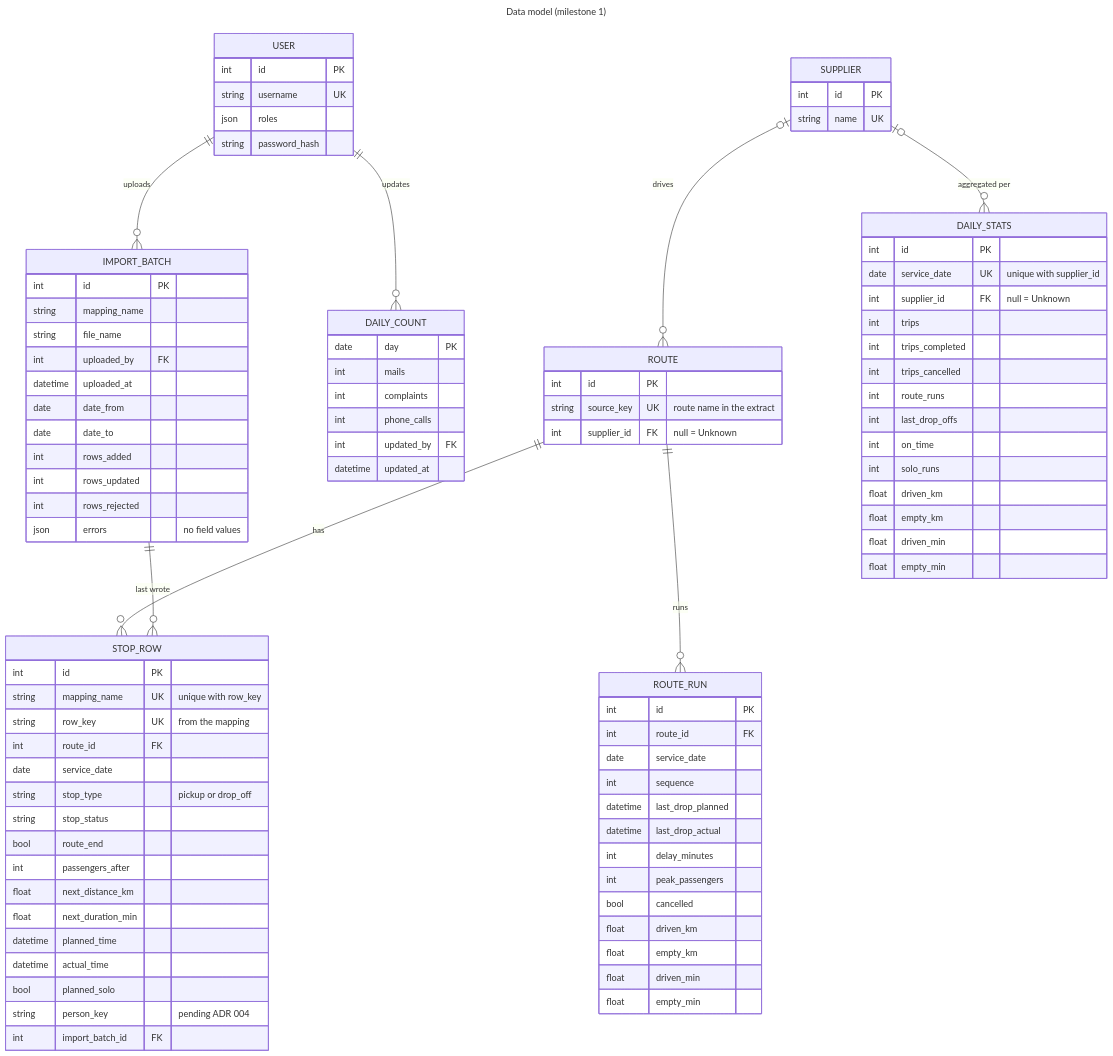
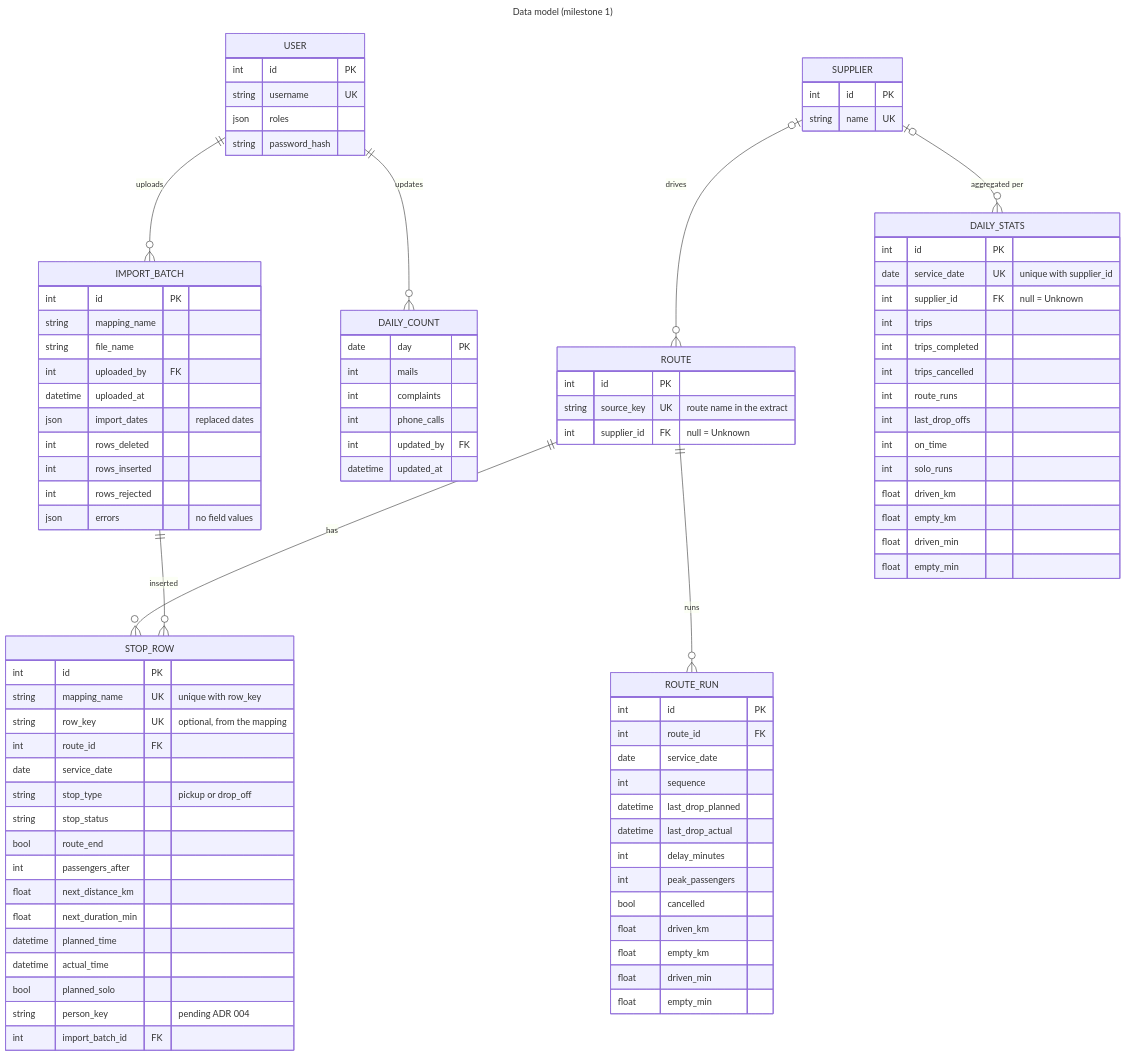
One commit to itk-dev/koerselsoverblik changed the diagram in docs/diagrams/data-model.mmd. Above: the diagram before and after it, drawn with Mermaid. The commit also changed 11 other files, not shown here.

```diff
--- a/docs/diagrams/data-model.mmd
+++ b/docs/diagrams/data-model.mmd
@@ -1,97 +1,96 @@
 ---
 title: Data model (milestone 1)
 ---
 erDiagram
     USER ||--o{ IMPORT_BATCH : "uploads"
     USER ||--o{ DAILY_COUNT : "updates"
     SUPPLIER |o--o{ ROUTE : "drives"
     ROUTE ||--o{ ROUTE_RUN : "runs"
     ROUTE ||--o{ STOP_ROW : "has"
-    IMPORT_BATCH ||--o{ STOP_ROW : "last wrote"
+    IMPORT_BATCH ||--o{ STOP_ROW : "inserted"
     SUPPLIER |o--o{ DAILY_STATS : "aggregated per"
 
     USER {
         int id PK
         string username UK
         json roles
         string password_hash
     }
     SUPPLIER {
         int id PK
         string name UK
     }
     ROUTE {
         int id PK
         string source_key UK "route name in the extract"
         int supplier_id FK "null = Unknown"
     }
     IMPORT_BATCH {
         int id PK
         string mapping_name
         string file_name
         int uploaded_by FK
         datetime uploaded_at
-        date date_from
-        date date_to
-        int rows_added
-        int rows_updated
+        json import_dates "replaced dates"
+        int rows_deleted
+        int rows_inserted
         int rows_rejected
         json errors "no field values"
     }
     STOP_ROW {
         int id PK
         string mapping_name UK "unique with row_key"
-        string row_key UK "from the mapping"
+        string row_key UK "optional, from the mapping"
         int route_id FK
         date service_date
         string stop_type "pickup or drop_off"
         string stop_status
         bool route_end
         int passengers_after
         float next_distance_km
         float next_duration_min
         datetime planned_time
         datetime actual_time
         bool planned_solo
         string person_key "pending ADR 004"
         int import_batch_id FK
     }
     ROUTE_RUN {
         int id PK
         int route_id FK
         date service_date
         int sequence
         datetime last_drop_planned
         datetime last_drop_actual
         int delay_minutes
         int peak_passengers
         bool cancelled
         float driven_km
         float empty_km
         float driven_min
         float empty_min
     }
     DAILY_STATS {
         int id PK
         date service_date UK "unique with supplier_id"
         int supplier_id FK "null = Unknown"
         int trips
         int trips_completed
         int trips_cancelled
         int route_runs
         int last_drop_offs
         int on_time
         int solo_runs
         float driven_km
         float empty_km
         float driven_min
         float empty_min
     }
     DAILY_COUNT {
         date day PK
         int mails
         int complaints
         int phone_calls
         int updated_by FK
         datetime updated_at
     }
```
